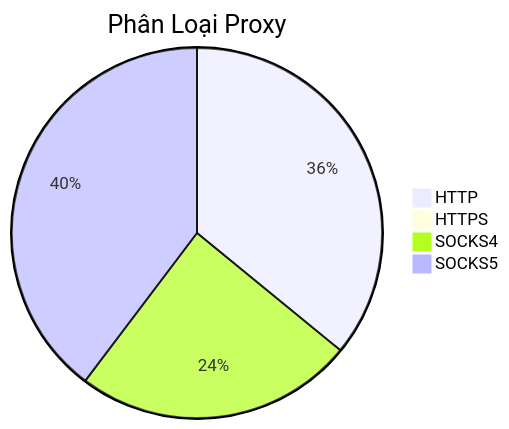
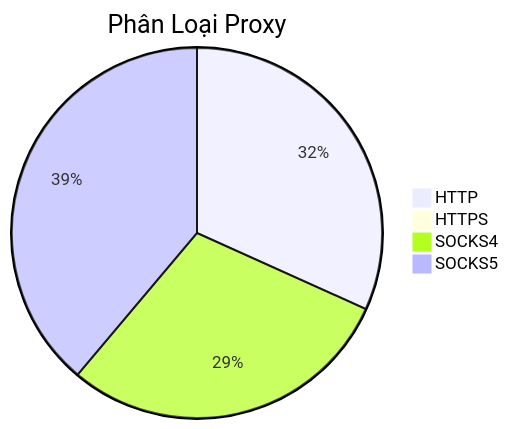
Before and after one commit to Ciara-12/PROXY-free: the diagram in README.md, drawn with Mermaid. The commit also changed other lines of this file and 3 other files, not shown here.

````diff
--- a/README.md
+++ b/README.md
@@ -26,7 +26,7 @@
 ```mermaid
 pie title Phân Loại Proxy
-    "HTTP" : 683
+    "HTTP" : 477
     "HTTPS" : 0
-    "SOCKS4" : 464
-    "SOCKS5" : 755
+    "SOCKS4" : 442
+    "SOCKS5" : 584
 ```
````
